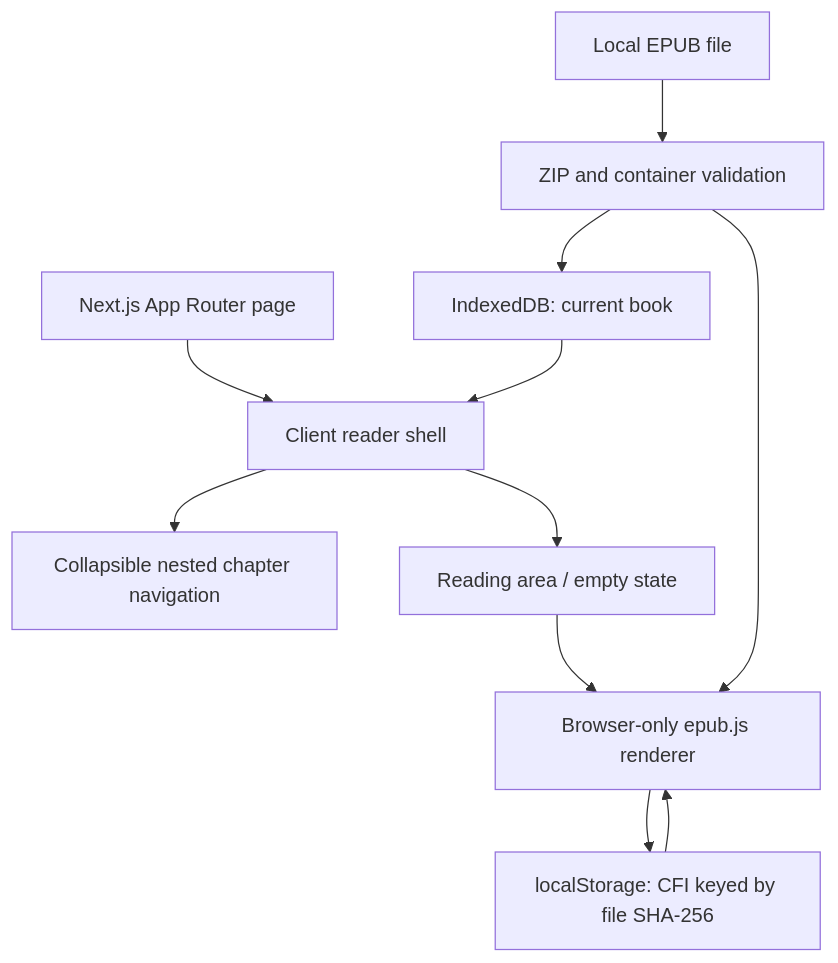
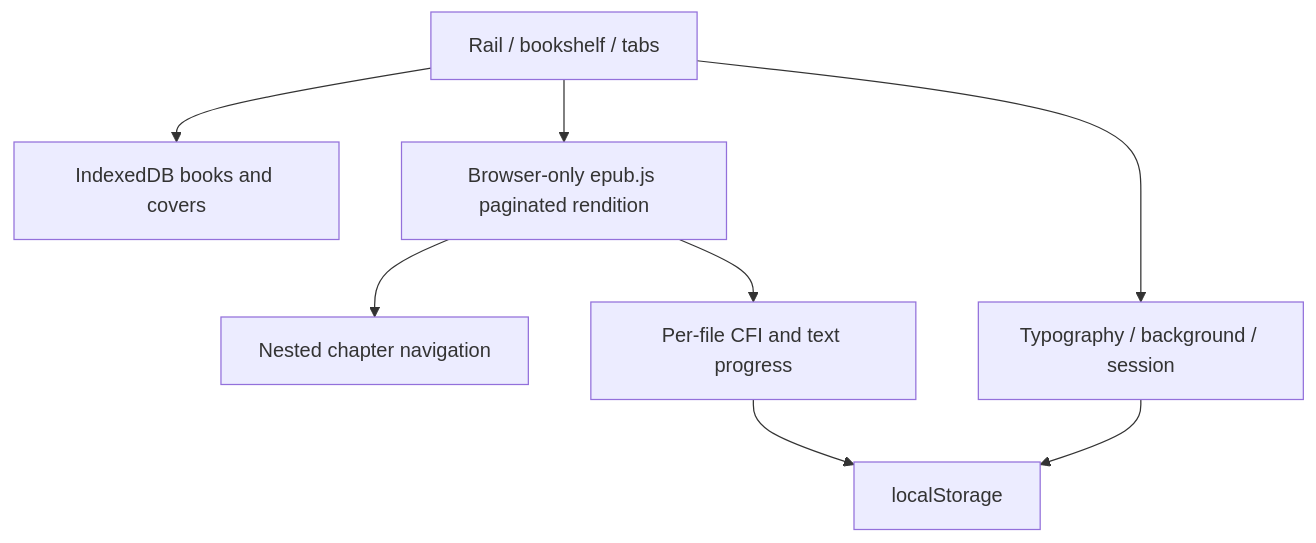
Before and after one commit to chenkai23/Pinnacle_Demo: the diagram in README.md, drawn with Mermaid. The commit also changed other lines of this file and 12 other files, not shown here.

Commit message:
feat: redesign EPUB reader with bookshelf tabs and paginated reading

````diff
--- a/README.md
+++ b/README.md
@@ -27,13 +51,10 @@
 ```mermaid
 flowchart TD
-    Page[Next.js App Router page] --> Shell[Client reader shell]
-    Shell --> Contents[Collapsible nested chapter navigation]
-    Shell --> Area[Reading area / empty state]
-    Area --> Epub[Browser-only epub.js renderer]
-    File[Local EPUB file] --> Validation[ZIP and container validation]
-    Validation --> Epub
-    Validation --> Storage[IndexedDB: current book]
-    Storage --> Shell
-    Epub --> Position[localStorage: CFI keyed by file SHA-256]
-    Position --> Epub
+    Shell[Rail / bookshelf / tabs] --> DB[IndexedDB books and covers]
+    Shell --> Reader[Browser-only epub.js paginated rendition]
+    Reader --> TOC[Nested chapter navigation]
+    Reader --> Progress[Per-file CFI and text progress]
+    Progress --> Local[localStorage]
+    Shell --> Settings[Typography / background / session]
+    Settings --> Local
 ```
````
